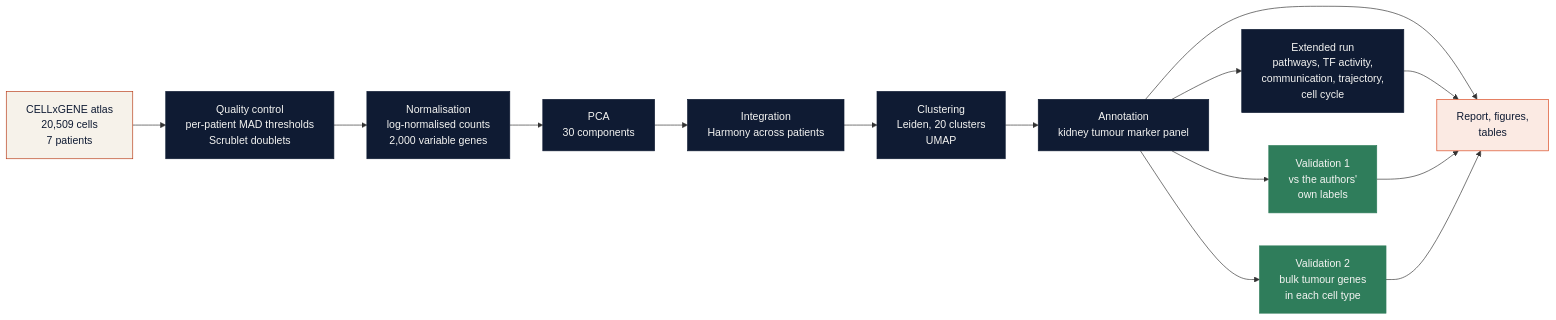
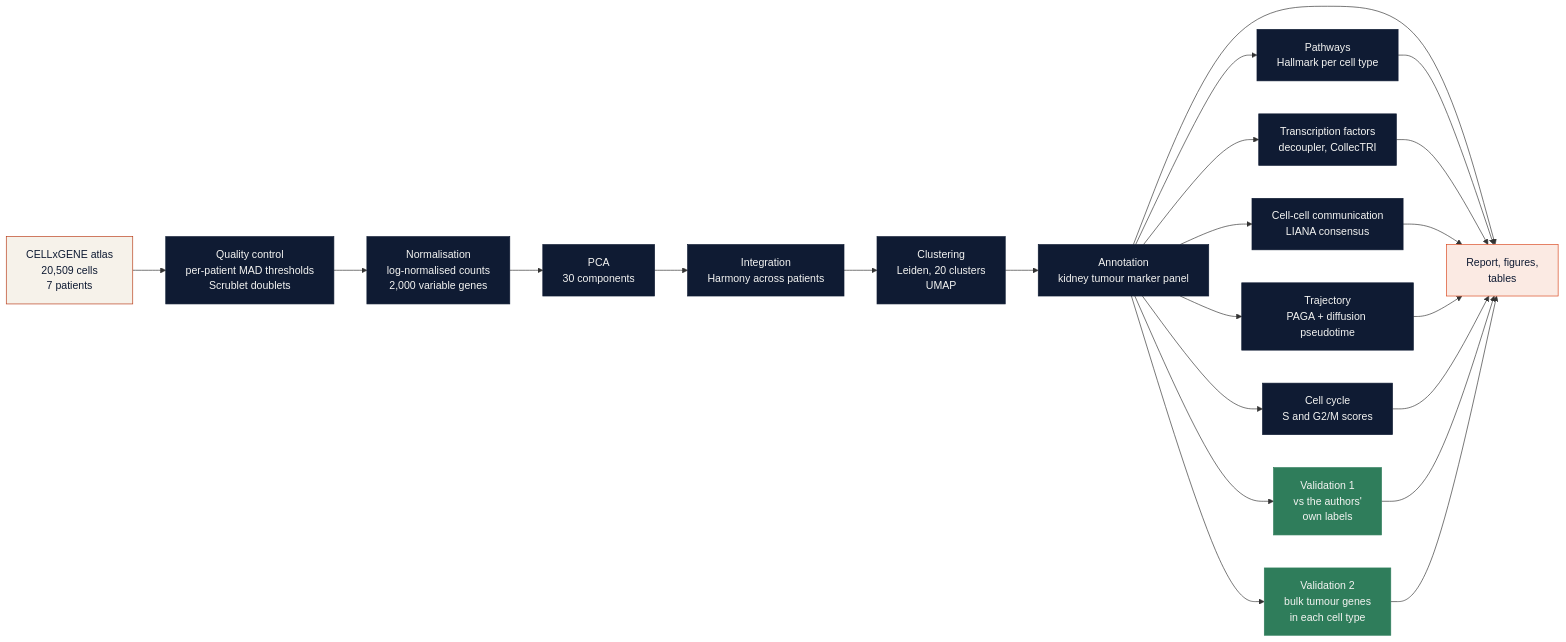
Before and after one commit to MultiOmics-Intelligence/lsma-lab-single-cell-kidney-cancer-ccrcc: the diagram in README.md, drawn with Mermaid. The commit also changed other lines of this file and 3 other files, not shown here.

Commit message:
Move why we share; add the new figures, workflow stages and the full report of the extended run

````diff
--- a/README.md
+++ b/README.md
@@ -212,24 +209,32 @@
 ```mermaid
 flowchart LR
     A["CELLxGENE atlas<br/>20,509 cells<br/>7 patients"] --> B["Quality control<br/>per-patient MAD thresholds<br/>Scrublet doublets"]
     B --> C["Normalisation<br/>log-normalised counts<br/>2,000 variable genes"]
     C --> D["PCA<br/>30 components"]
     D --> E["Integration<br/>Harmony across patients"]
     E --> F["Clustering<br/>Leiden, 20 clusters<br/>UMAP"]
     F --> G["Annotation<br/>kidney tumour marker panel"]
     G --> H["Report, figures,<br/>tables"]
-    G --> X["Extended run<br/>pathways, TF activity,<br/>communication, trajectory,<br/>cell cycle"]
-    X --> H
+    G --> P["Pathways<br/>Hallmark per cell type"]
+    G --> T["Transcription factors<br/>decoupler, CollecTRI"]
+    G --> L["Cell-cell communication<br/>LIANA consensus"]
+    G --> Q["Trajectory<br/>PAGA + diffusion pseudotime"]
+    G --> K["Cell cycle<br/>S and G2/M scores"]
+    P --> H
+    T --> H
+    L --> H
+    Q --> H
+    K --> H
     G --> V1["Validation 1<br/>vs the authors'<br/>own labels"]
     G --> V2["Validation 2<br/>bulk tumour genes<br/>in each cell type"]
     V1 --> H
     V2 --> H
     classDef data fill:#F6F2EA,stroke:#B83A16,color:#0F1B33
     classDef step fill:#0F1B33,stroke:#0F1B33,color:#F4F4F2
     classDef check fill:#2F7D5B,stroke:#2F7D5B,color:#F4F4F2
     classDef out fill:#FBEAE3,stroke:#D9481F,color:#0F1B33
     class A data
-    class B,C,D,E,F,G,X step
+    class B,C,D,E,F,G,P,T,L,Q,K step
     class V1,V2 check
     class H out
 ```
````
